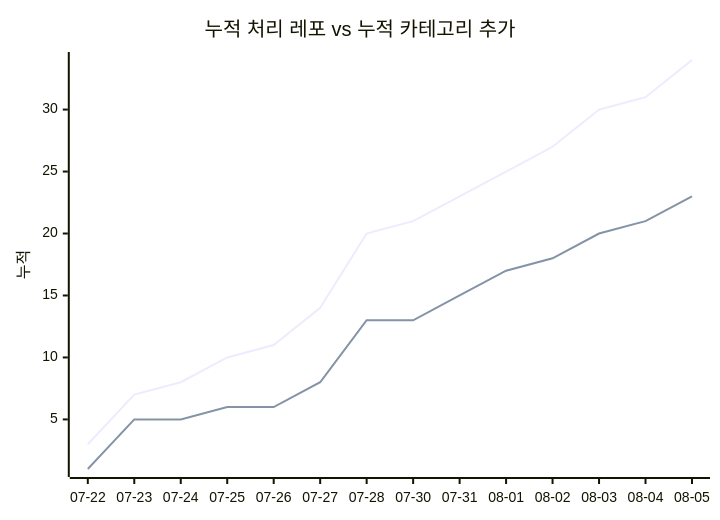
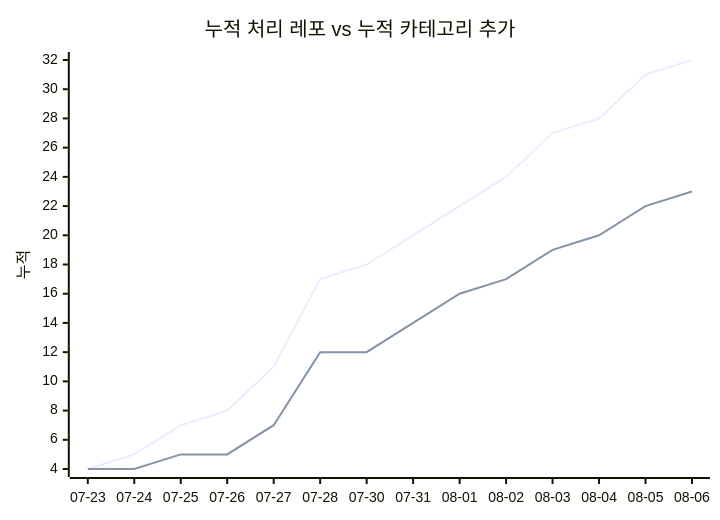
The second of 2 diagrams in docs/trends.md (J-nowcow/awesome-korean-agent-skills), drawn with Mermaid before and after one commit. The commit also changed other lines of this file and 4 other files, not shown here.

````diff
--- a/docs/trends.md
+++ b/docs/trends.md
@@ -68,8 +68,8 @@
 ```mermaid
 xychart-beta
     title "누적 처리 레포 vs 누적 카테고리 추가"
-    x-axis ["07-22","07-23","07-24","07-25","07-26","07-27","07-28","07-30","07-31","08-01","08-02","08-03","08-04","08-05"]
+    x-axis ["07-23","07-24","07-25","07-26","07-27","07-28","07-30","07-31","08-01","08-02","08-03","08-04","08-05","08-06"]
     y-axis "누적"
-    line [3,7,8,10,11,14,20,21,23,25,27,30,31,34]
-    line [1,5,5,6,6,8,13,13,15,17,18,20,21,23]
+    line [4,5,7,8,11,17,18,20,22,24,27,28,31,32]
+    line [4,4,5,5,7,12,12,14,16,17,19,20,22,23]
 ```
````
